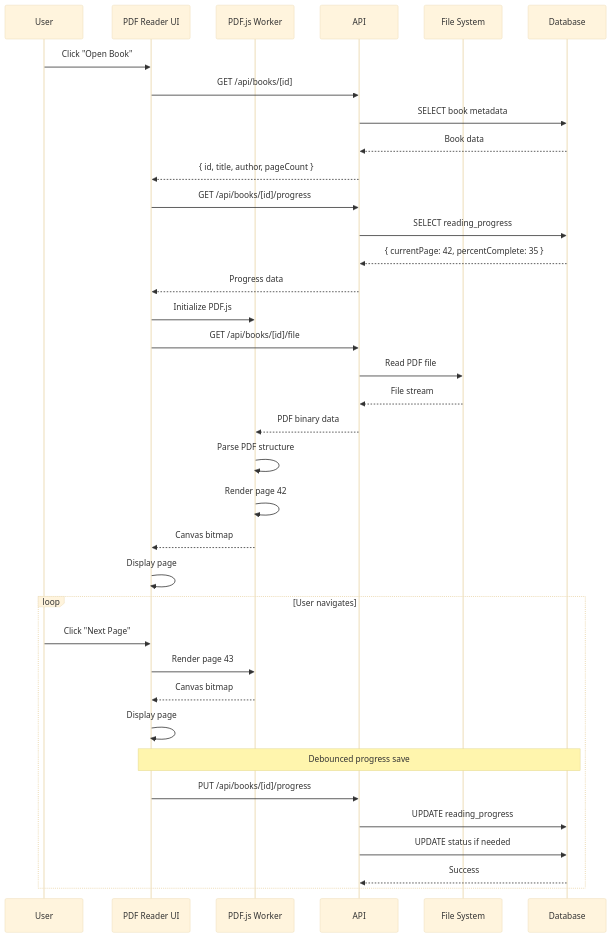
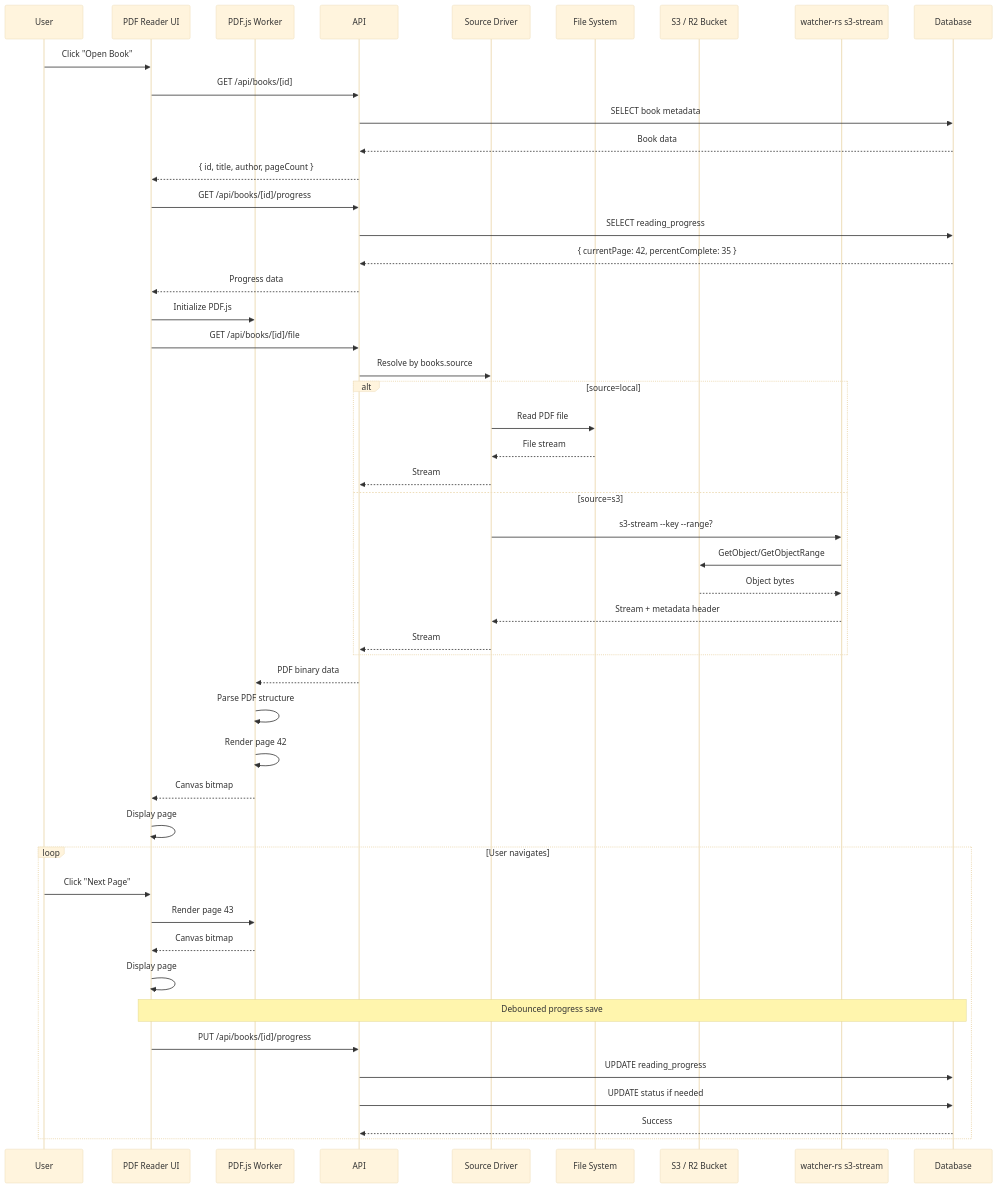
Before and after one commit to jamesacklin/alex: the fourth of 10 diagrams in docs/design/sequence-diagrams.md, drawn with Mermaid (base theme). The commit also changed other lines of this file and 5 other files, not shown here.

Commit message:
add google drive integration; refactor s3 bucket integration; unify file serving; adjust db schema for source metadata; implement sync logic for drive and s3; maintain reader contract; add admin ui for s3 settings

````diff
--- a/docs/design/sequence-diagrams.md
+++ b/docs/design/sequence-diagrams.md
@@ -204,44 +234,57 @@
 ```mermaid
 sequenceDiagram
     participant User
     participant UI as PDF Reader UI
     participant Worker as PDF.js Worker
     participant API
+    participant SourceDriver as Source Driver
     participant FS as File System
+    participant S3 as S3 / R2 Bucket
+    participant Streamer as watcher-rs s3-stream
     participant DB as Database
 
     User->>UI: Click "Open Book"
     UI->>API: GET /api/books/[id]
     API->>DB: SELECT book metadata
     DB-->>API: Book data
     API-->>UI: { id, title, author, pageCount }
 
     UI->>API: GET /api/books/[id]/progress
     API->>DB: SELECT reading_progress
     DB-->>API: { currentPage: 42, percentComplete: 35 }
     API-->>UI: Progress data
 
     UI->>Worker: Initialize PDF.js
     UI->>API: GET /api/books/[id]/file
-    API->>FS: Read PDF file
-    FS-->>API: File stream
+    API->>SourceDriver: Resolve by books.source
+    alt source=local
+        SourceDriver->>FS: Read PDF file
+        FS-->>SourceDriver: File stream
+        SourceDriver-->>API: Stream
+    else source=s3
+        SourceDriver->>Streamer: s3-stream --key --range?
+        Streamer->>S3: GetObject/GetObjectRange
+        S3-->>Streamer: Object bytes
+        Streamer-->>SourceDriver: Stream + metadata header
+        SourceDriver-->>API: Stream
+    end
     API-->>Worker: PDF binary data
 
     Worker->>Worker: Parse PDF structure
     Worker->>Worker: Render page 42
     Worker-->>UI: Canvas bitmap
     UI->>UI: Display page
 
     loop User navigates
         User->>UI: Click "Next Page"
         UI->>Worker: Render page 43
         Worker-->>UI: Canvas bitmap
         UI->>UI: Display page
 
         Note over UI,DB: Debounced progress save
         UI->>API: PUT /api/books/[id]/progress
         API->>DB: UPDATE reading_progress
         API->>DB: UPDATE status if needed
         DB-->>API: Success
     end
 ```
````
